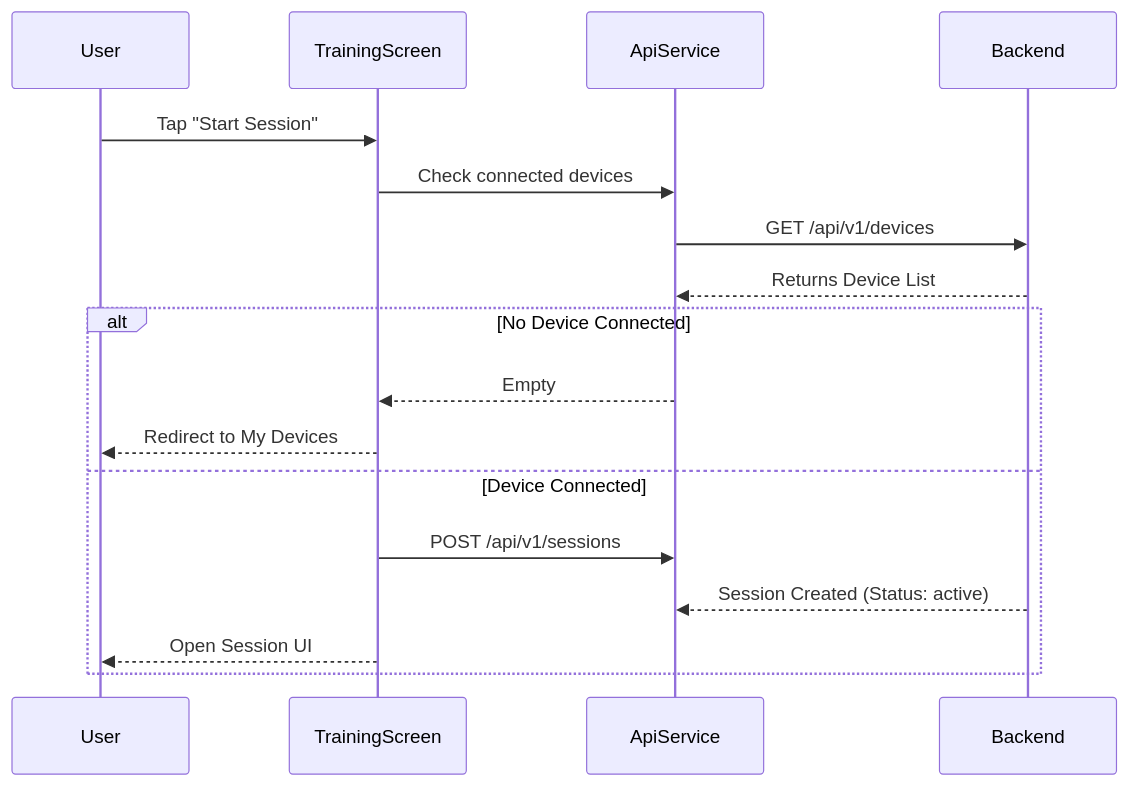
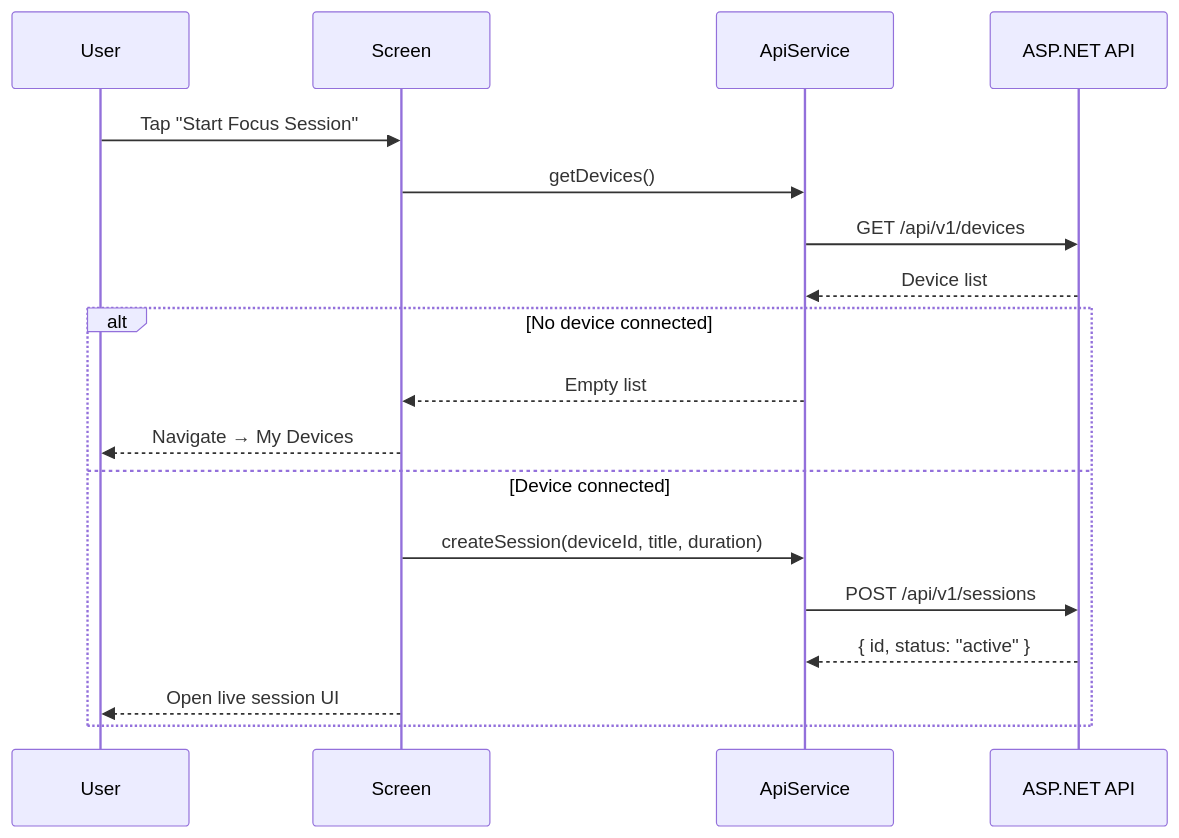
The second of 2 diagrams in docs/mobile/index.md (ameenmv/haze_clue_docs), drawn with Mermaid before and after one commit. The commit also changed other lines of this file, not shown here.

Commit message:
docs: overhaul mobile application documentation with architecture diagrams, tech stack, and API integration details

````diff
--- a/docs/mobile/index.md
+++ b/docs/mobile/index.md
@@ -29,21 +120,22 @@
 ```mermaid
 sequenceDiagram
     participant User
-    participant TrainingScreen
+    participant Screen
     participant ApiService
-    participant Backend
+    participant Backend as ASP.NET API
 
-    User->>TrainingScreen: Tap "Start Session"
-    TrainingScreen->>ApiService: Check connected devices
+    User->>Screen: Tap "Start Focus Session"
+    Screen->>ApiService: getDevices()
     ApiService->>Backend: GET /api/v1/devices
-    Backend-->>ApiService: Returns Device List
-    
-    alt No Device Connected
-        ApiService-->>TrainingScreen: Empty
-        TrainingScreen-->>User: Redirect to My Devices
-    else Device Connected
-        TrainingScreen->>ApiService: POST /api/v1/sessions
-        Backend-->>ApiService: Session Created (Status: active)
-        TrainingScreen-->>User: Open Session UI
+    Backend-->>ApiService: Device list
+
+    alt No device connected
+        ApiService-->>Screen: Empty list
+        Screen-->>User: Navigate → My Devices
+    else Device connected
+        Screen->>ApiService: createSession(deviceId, title, duration)
+        ApiService->>Backend: POST /api/v1/sessions
+        Backend-->>ApiService: { id, status: "active" }
+        Screen-->>User: Open live session UI
     end
 ```
````
